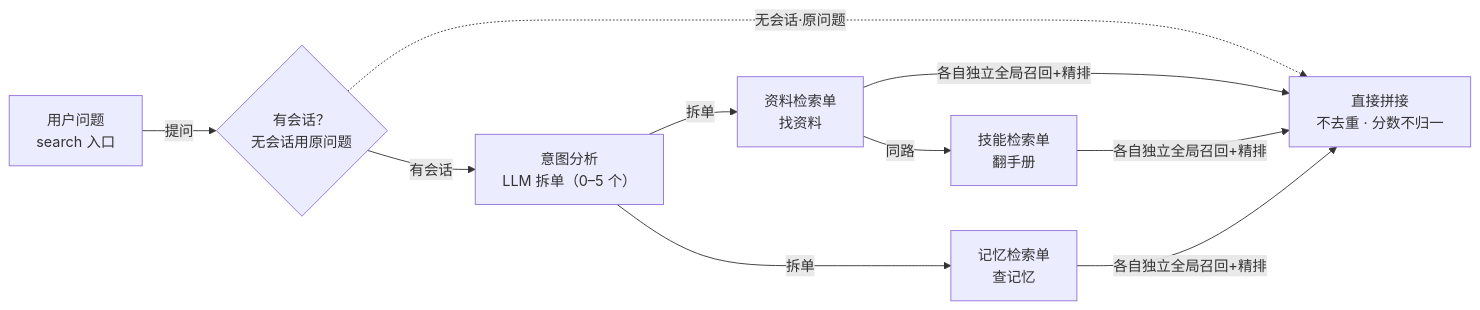
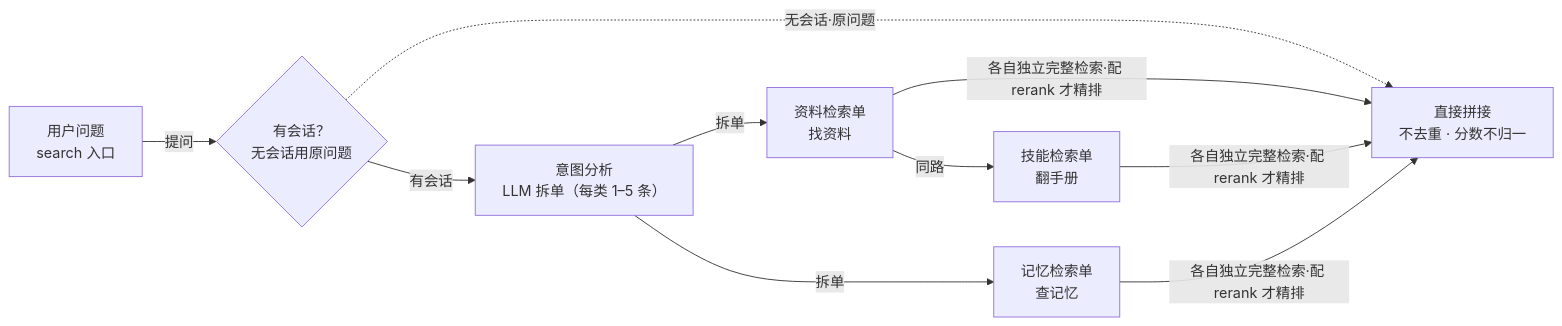
Before and after one commit to ThreeFish-AI/negentropy: the diagram in docs/assets/mermaid/cognitive-context/openviking--intent-typed-queries.mmd, drawn with Mermaid. The commit also changed 21 other files, not shown here.

First line of the commit message:
docs(OpenViking): 014 换代评审修复 35 项：主文档口径与行号锚对齐、lab peer 降权与断言修复、检索相/意图两图重渲与索引同步;

```diff
--- a/docs/assets/mermaid/cognitive-context/openviking--intent-typed-queries.mmd
+++ b/docs/assets/mermaid/cognitive-context/openviking--intent-typed-queries.mmd
@@ -1,15 +1,15 @@
-%% source: docs/research/cognitive-context/014-openviking.md §5.2（换代重绘）
+%% source: docs/research/cognitive-context/014-openviking.md §5.2（视频 P3 → 换代重绘）
 %% slug: openviking--intent-typed-queries
 %% type: workflow
 %% derived: docs/assets/architecture/cognitive-context/openviking--intent-typed-queries.html
 %% fix: 2026-10-22 「递归」边随上游 #5450 删除目录递归改为「各自独立全局召回」，钉点 6227af51
 flowchart LR
   Q["用户问题<br/>search 入口"] -->|"提问"| GATE{"有会话？<br/>无会话用原问题"}
-  GATE -->|"有会话"| AN["意图分析<br/>LLM 拆单（0–5 个）"]
+  GATE -->|"有会话"| AN["意图分析<br/>LLM 拆单（每类 1–5 条）"]
   GATE -.->|"无会话·原问题"| MERGE["直接拼接<br/>不去重 · 分数不归一"]
   AN -->|"拆单"| QRES["资料检索单<br/>找资料"]
   AN -->|"拆单"| QMEM["记忆检索单<br/>查记忆"]
   QRES -->|"同路"| QSKILL["技能检索单<br/>翻手册"]
-  QRES -->|"各自独立全局召回+精排"| MERGE
-  QSKILL -->|"各自独立全局召回+精排"| MERGE
-  QMEM -->|"各自独立全局召回+精排"| MERGE
+  QRES -->|"各自独立完整检索·配 rerank 才精排"| MERGE
+  QSKILL -->|"各自独立完整检索·配 rerank 才精排"| MERGE
+  QMEM -->|"各自独立完整检索·配 rerank 才精排"| MERGE
```
